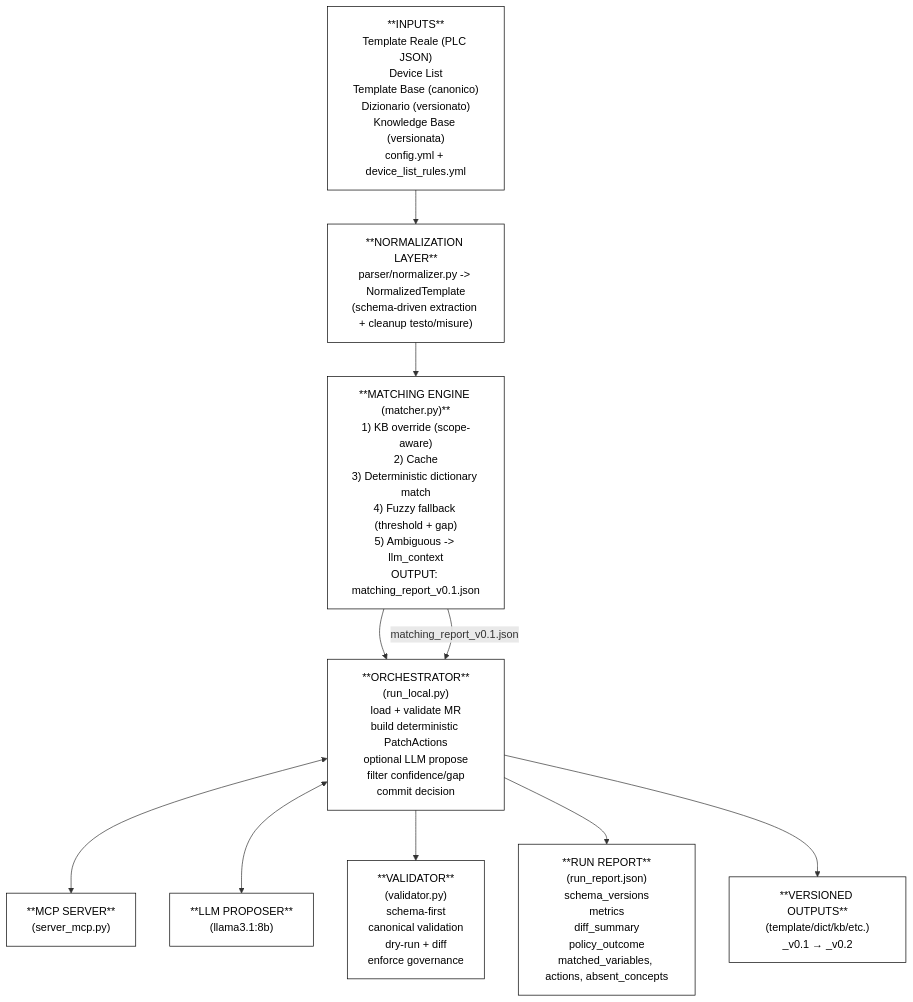
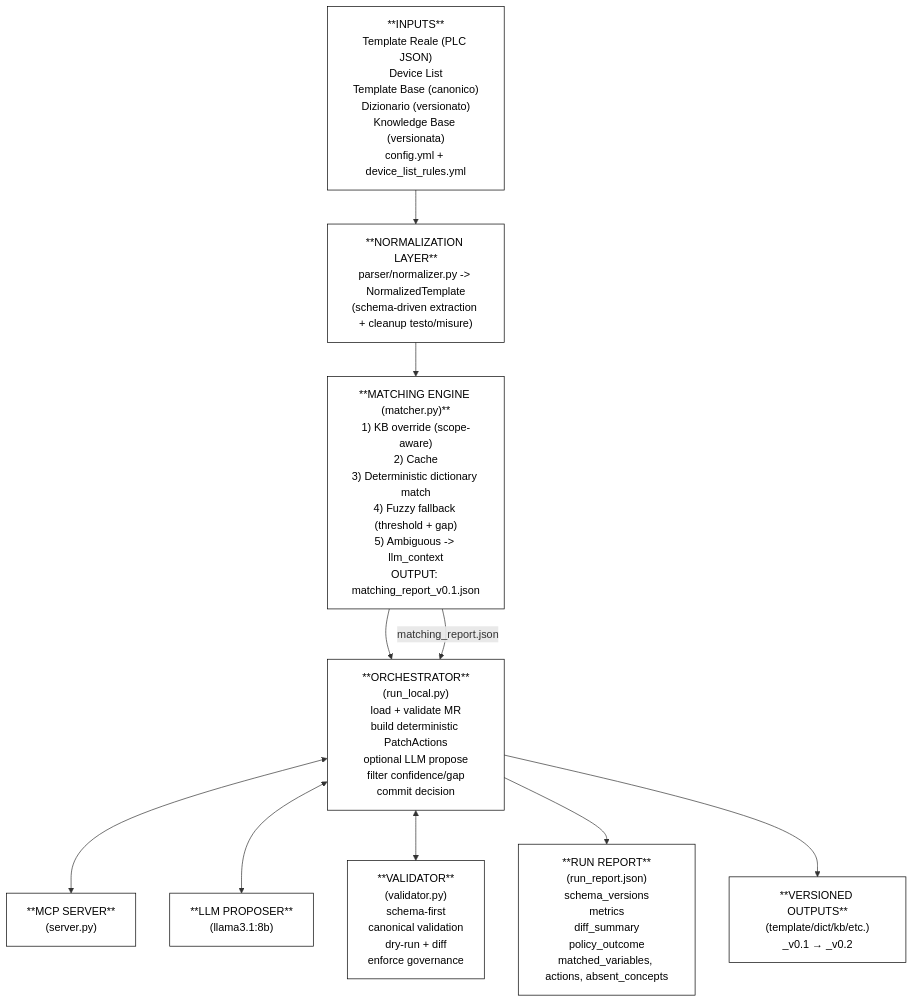
Before and after one commit to RiccardoLunardelli/ProgettoAI-Mosaico: the diagram in doc/15_architettura/README.md, drawn with Mermaid. The commit also changed 1 other file, not shown here.

Commit message:
ADD: readme punto 16--> framework

````diff
--- a/doc/15_architettura/README.md
+++ b/doc/15_architettura/README.md
@@ -8,24 +8,24 @@
 ```mermaid
 flowchart TD
   classDef plain fill:#ffffff,stroke:#000000,color:#000000,stroke-width:1px;
 
   A["**INPUTS**<br/>Template Reale (PLC JSON)<br/>Device List<br/>Template Base (canonico)<br/>Dizionario (versionato)<br/>Knowledge Base (versionata)<br/>config.yml + device_list_rules.yml"]
   B["**NORMALIZATION LAYER**<br/>parser/normalizer.py -> NormalizedTemplate<br/>(schema-driven extraction + cleanup testo/misure)"]
   C["**MATCHING ENGINE (matcher.py)**<br/>1) KB override (scope-aware)<br/>2) Cache<br/>3) Deterministic dictionary match<br/>4) Fuzzy fallback (threshold + gap)<br/>5) Ambiguous -> llm_context<br/>OUTPUT: matching_report_v0.1.json"]
-  D["**MCP SERVER**<br/>(server_mcp.py)"]
+  D["**MCP SERVER**<br/>(server.py)"]
   E["**ORCHESTRATOR**<br/>(run_local.py)<br/>load + validate MR<br/>build deterministic PatchActions<br/>optional LLM propose<br/>filter confidence/gap<br/>commit decision"]
   F["**LLM PROPOSER**<br/>(llama3.1:8b)"]
   G["**VALIDATOR**<br/>(validator.py)<br/>schema-first<br/>canonical validation<br/>dry-run + diff<br/>enforce governance"]
   H["**RUN REPORT**<br/>(run_report.json)<br/>schema_versions<br/>metrics<br/>diff_summary<br/>policy_outcome<br/>matched_variables, actions, absent_concepts"]
   I["**VERSIONED OUTPUTS**<br/>(template/dict/kb/etc.)<br/>_v0.1 → _v0.2"]
 
   A --> B --> C --> E
-  C -->|matching_report_v0.1.json| E
+  C -->|matching_report.json| E
   E <--> D
   E <--> F
-  E --> G
+  E <--> G
   E --> H
   E --> I
 
   class A,B,C,D,E,F,G,H,I plain
  ```
````
